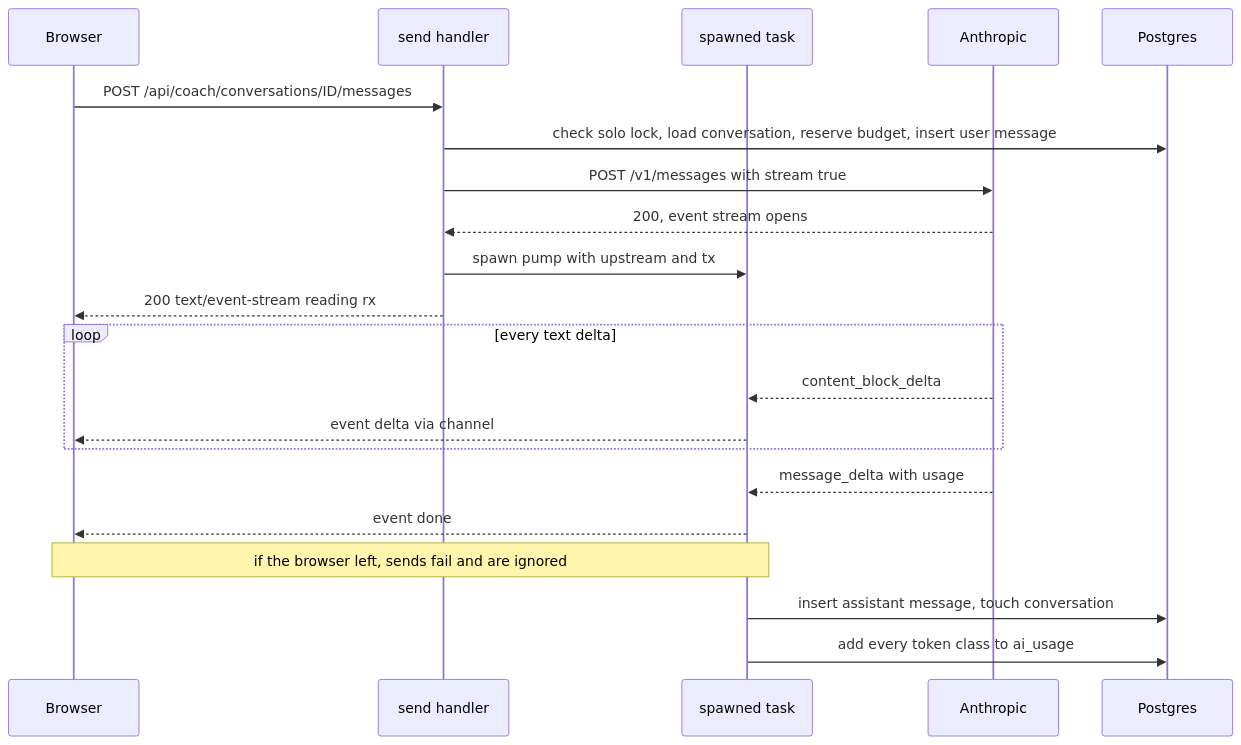
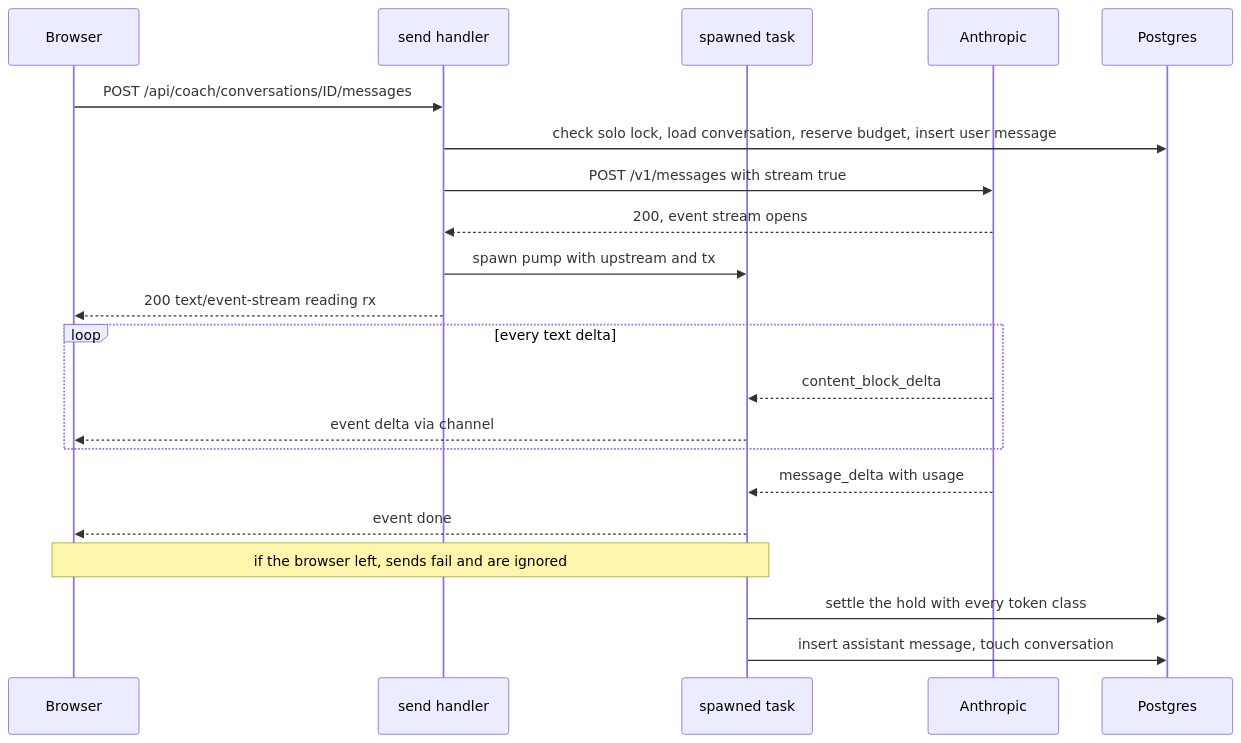
The diagram in content/tracks/14-case-study-ascend/02-product-systems/01-building-the-ai-coach.md (thull32/ascend), drawn with Mermaid before and after one commit. The commit also changed other lines of this file and 48 other files, not shown here.

````diff
--- a/content/tracks/14-case-study-ascend/02-product-systems/01-building-the-ai-coach.md
+++ b/content/tracks/14-case-study-ascend/02-product-systems/01-building-the-ai-coach.md
@@ -145,23 +147,23 @@
 ```mermaid
 sequenceDiagram
   participant B as Browser
   participant H as send handler
   participant T as spawned task
   participant A as Anthropic
   participant DB as Postgres
   B->>H: POST /api/coach/conversations/ID/messages
   H->>DB: check solo lock, load conversation, reserve budget, insert user message
   H->>A: POST /v1/messages with stream true
   A-->>H: 200, event stream opens
   H->>T: spawn pump with upstream and tx
   H-->>B: 200 text/event-stream reading rx
   loop every text delta
     A-->>T: content_block_delta
     T-->>B: event delta via channel
   end
   A-->>T: message_delta with usage
   T-->>B: event done
   Note over B,T: if the browser left, sends fail and are ignored
+  T->>DB: settle the hold with every token class
   T->>DB: insert assistant message, touch conversation
-  T->>DB: add every token class to ai_usage
 ```
````
